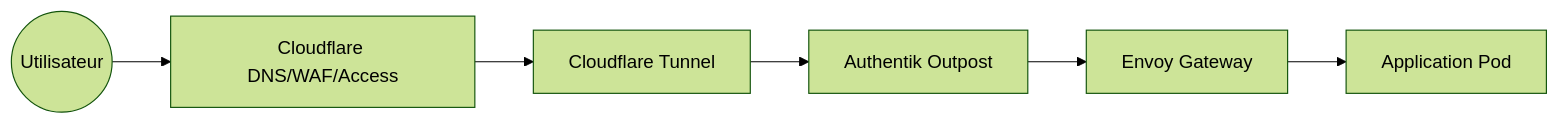
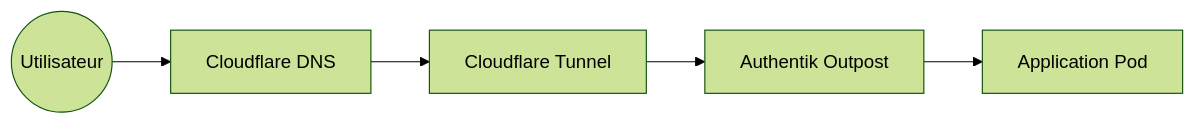
The diagram in docs/NETWORKING.md (SmadjaPaul/homelab), drawn with Mermaid (forest theme) before and after one commit. The commit also changed other lines of this file and 38 other files, not shown here.

````diff
--- a/docs/NETWORKING.md
+++ b/docs/NETWORKING.md
@@ -9,8 +7,7 @@
 ```mermaid
 graph LR
-    User((Utilisateur)) --> CF[Cloudflare DNS/WAF/Access]
+    User((Utilisateur)) --> CF[Cloudflare DNS]
     CF --> Tunnel[Cloudflare Tunnel]
     Tunnel --> Outpost[Authentik Outpost]
-    Outpost --> Ingress[Envoy Gateway]
-    Ingress --> Service[Application Pod]
+    Outpost --> App[Application Pod]
 ```
````
